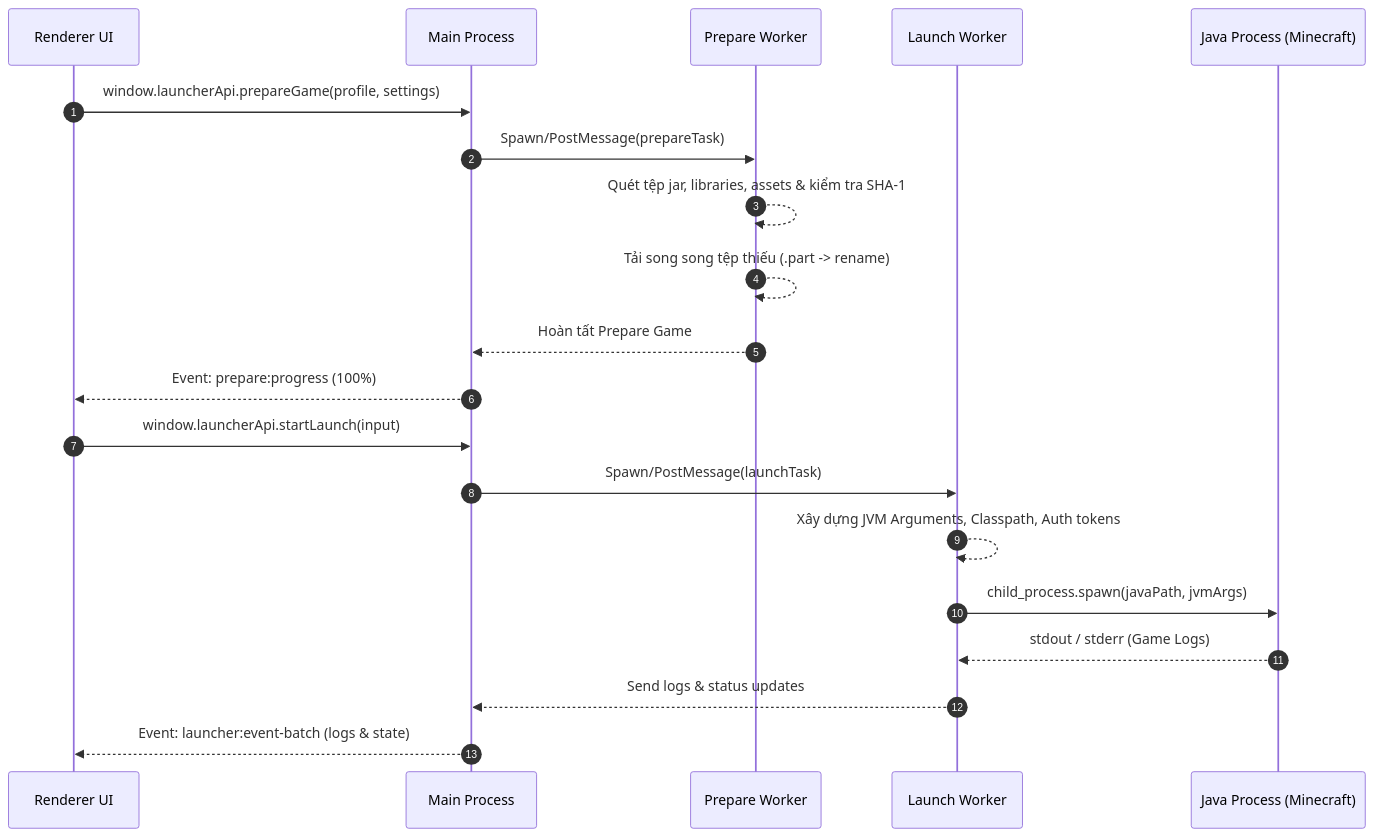
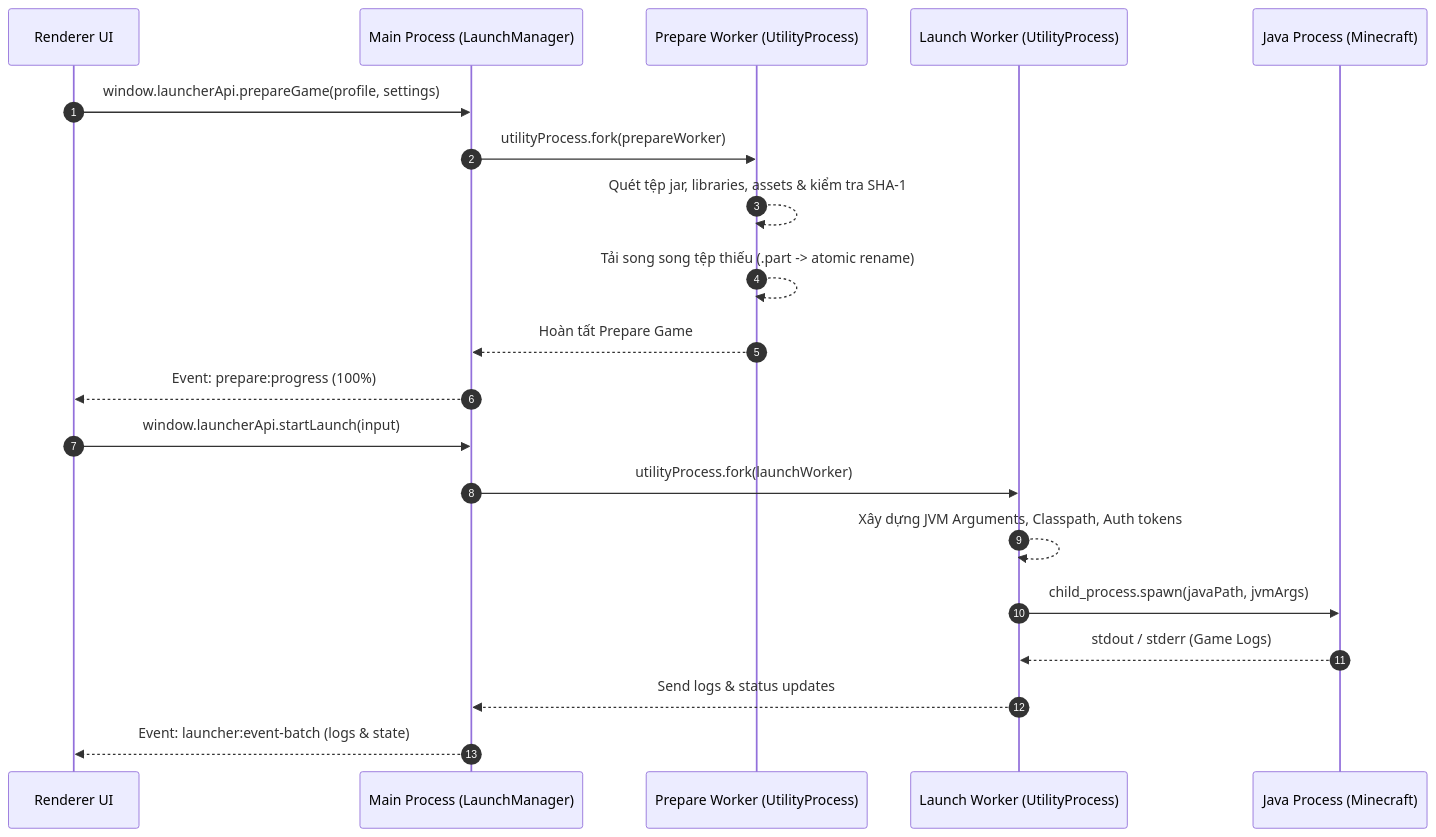
One commit to LetCute/LetCuteMC-Laucher changed the second of 2 diagrams in docs/ARCHITECTURE.md. Above: the diagram before and after it, drawn with Mermaid. The commit also changed other lines of this file and 18 other files, not shown here.

````diff
--- a/docs/ARCHITECTURE.md
+++ b/docs/ARCHITECTURE.md
@@ -99,24 +180,24 @@
 ```mermaid
 sequenceDiagram
     autonumber
     participant UI as Renderer UI
-    participant Main as Main Process
-    participant Prep as Prepare Worker
-    participant Launch as Launch Worker
+    participant Main as Main Process (LaunchManager)
+    participant Prep as Prepare Worker (UtilityProcess)
+    participant Launch as Launch Worker (UtilityProcess)
     participant Java as Java Process (Minecraft)
 
     UI->>Main: window.launcherApi.prepareGame(profile, settings)
-    Main->>Prep: Spawn/PostMessage(prepareTask)
+    Main->>Prep: utilityProcess.fork(prepareWorker)
     Prep-->>Prep: Quét tệp jar, libraries, assets & kiểm tra SHA-1
-    Prep-->>Prep: Tải song song tệp thiếu (.part -> rename)
+    Prep-->>Prep: Tải song song tệp thiếu (.part -> atomic rename)
     Prep-->>Main: Hoàn tất Prepare Game
     Main-->>UI: Event: prepare:progress (100%)
 
     UI->>Main: window.launcherApi.startLaunch(input)
-    Main->>Launch: Spawn/PostMessage(launchTask)
+    Main->>Launch: utilityProcess.fork(launchWorker)
     Launch-->>Launch: Xây dựng JVM Arguments, Classpath, Auth tokens
     Launch->>Java: child_process.spawn(javaPath, jvmArgs)
     Java-->>Launch: stdout / stderr (Game Logs)
     Launch-->>Main: Send logs & status updates
     Main-->>UI: Event: launcher:event-batch (logs & state)
 ```
````
